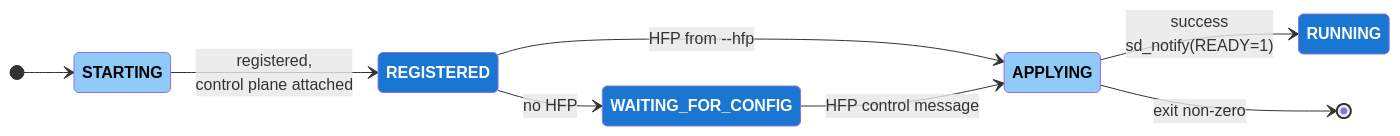
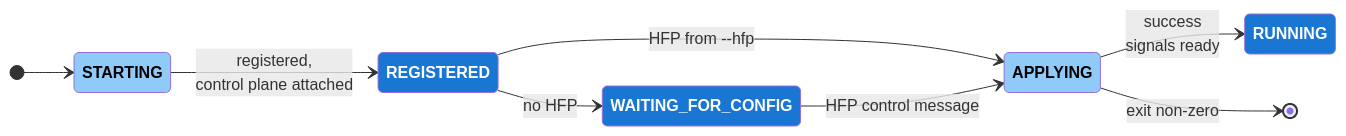
One commit to rdkcentral/rdk-halif-aidl changed the second of 4 diagrams in docs/vsi/boot_sequence/current/module_boot_sequence.md. Above: the diagram before and after it, drawn with Mermaid. The commit also changed other lines of this file, not shown here.

First line of the commit message:
docs(vsi): state readiness behaviourally; sd_notify is an example

````diff
--- a/docs/vsi/boot_sequence/current/module_boot_sequence.md
+++ b/docs/vsi/boot_sequence/current/module_boot_sequence.md
@@ -73,18 +73,18 @@
 ```mermaid
 stateDiagram-v2
     direction LR
     [*] --> STARTING
     STARTING --> REGISTERED: registered,<br>control plane attached
 
     REGISTERED --> APPLYING: HFP from --hfp
     REGISTERED --> WAITING_FOR_CONFIG: no HFP
     WAITING_FOR_CONFIG --> APPLYING: HFP control message
 
-    APPLYING --> RUNNING: success<br>sd_notify(READY=1)
+    APPLYING --> RUNNING: success<br>signals ready
     APPLYING --> [*]: <error> exit non-zero
 
     classDef NonTransitory fill:#1976D2, color:white, font-weight:bold;
     classDef Transitory fill:#90CAF9, color:black, font-weight:bold;
     class REGISTERED,WAITING_FOR_CONFIG,RUNNING NonTransitory
     class STARTING,APPLYING Transitory
 ```
````
